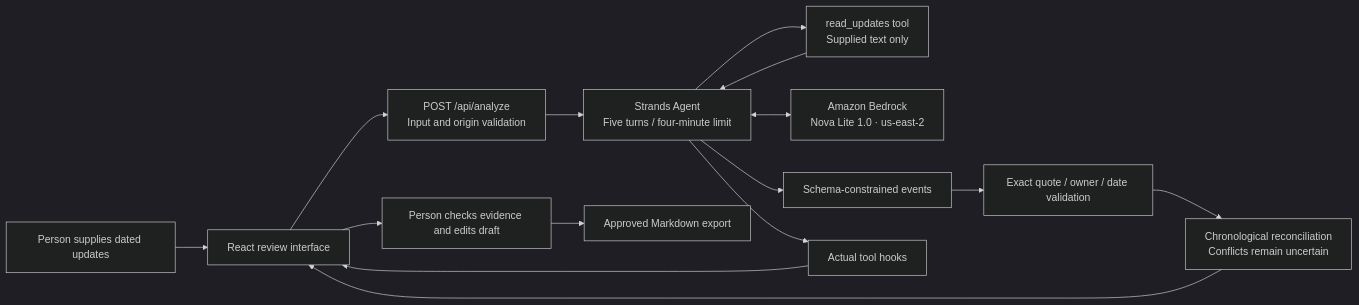
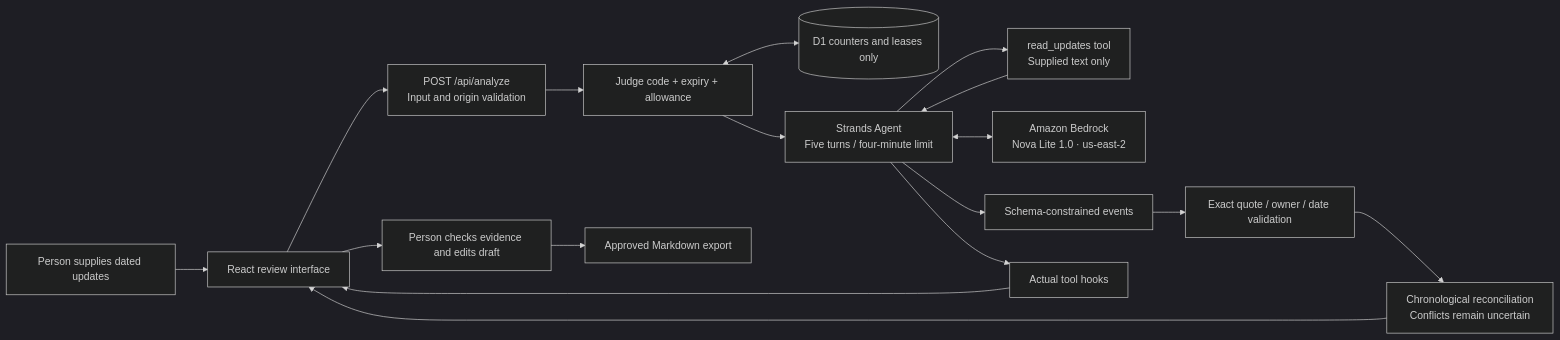
One commit to carrerasdarren-cell/commitment-desk changed the diagram in docs/architecture.md. Above: the diagram before and after it, drawn with Mermaid (dark theme). The commit also changed other lines of this file and 25 other files, not shown here.

````diff
--- a/docs/architecture.md
+++ b/docs/architecture.md
@@ -7,17 +7,19 @@
 ```mermaid
 flowchart LR
   U[Person supplies dated updates] --> UI[React review interface]
   UI --> API[POST /api/analyze\nInput and origin validation]
-  API --> A[Strands Agent\nFive turns / four-minute limit]
+  API --> G[Judge code + expiry + allowance]
+  G <--> DB[(D1 counters and leases only)]
+  G --> A[Strands Agent\nFive turns / four-minute limit]
   A --> T[read_updates tool\nSupplied text only]
   T --> A
   A <--> M[Amazon Bedrock\nNova Lite 1.0 · us-east-2]
   A --> S[Schema-constrained events]
   S --> V[Exact quote / owner / date validation]
   V --> R[Chronological reconciliation\nConflicts remain uncertain]
   A --> H[Actual tool hooks]
   H --> UI
   R --> UI
   UI --> P[Person checks evidence and edits draft]
   P --> E[Approved Markdown export]
 ```
````
